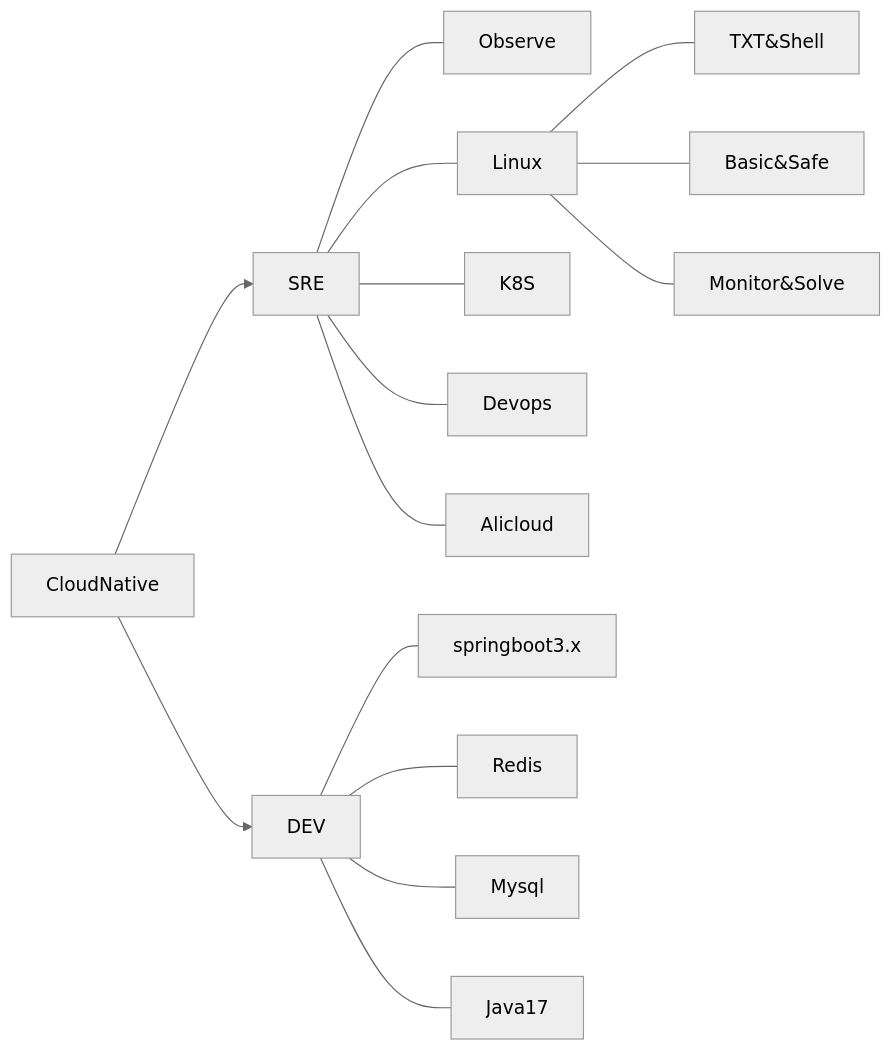
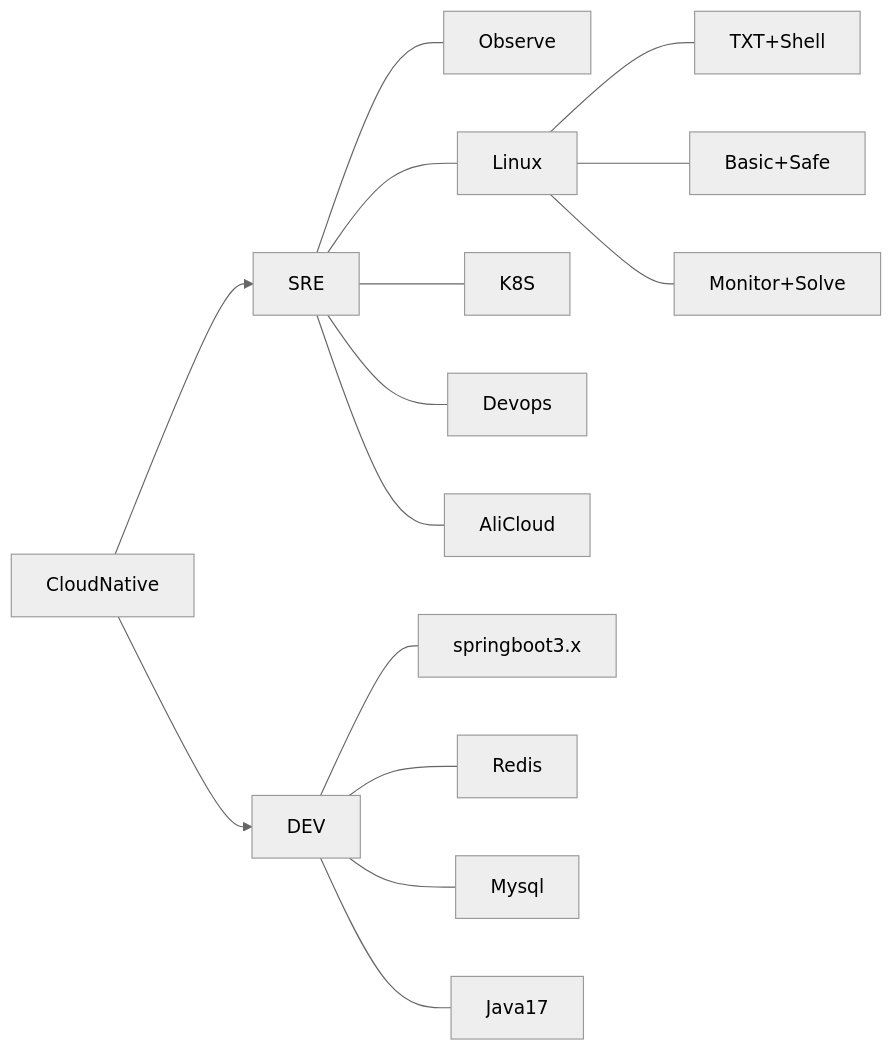
Before and after one commit to ZZZZTI/Cloud-Native-knowledge: the diagram in README.md, drawn with Mermaid (neutral theme). The commit also changed 4 other files, not shown here.

````diff
--- a/README.md
+++ b/README.md
@@ -9,20 +9,20 @@
 ```mermaid
 graph LR
     CloudNative --> SRE
     CloudNative --> DEV
 
     SRE --- Observe
     SRE --- Linux
     SRE --- K8S
     SRE --- Devops
-    SRE --- Alicloud
+    SRE --- AliCloud
 
     DEV --- springboot3.x
     DEV --- Redis
     DEV --- Mysql
     DEV --- Java17
     
-    Linux --- TXT&Shell
-    Linux --- Basic&Safe
-    Linux --- Monitor&Solve
+    Linux --- TXT+Shell
+    Linux --- Basic+Safe
+    Linux --- Monitor+Solve
 ```
````
